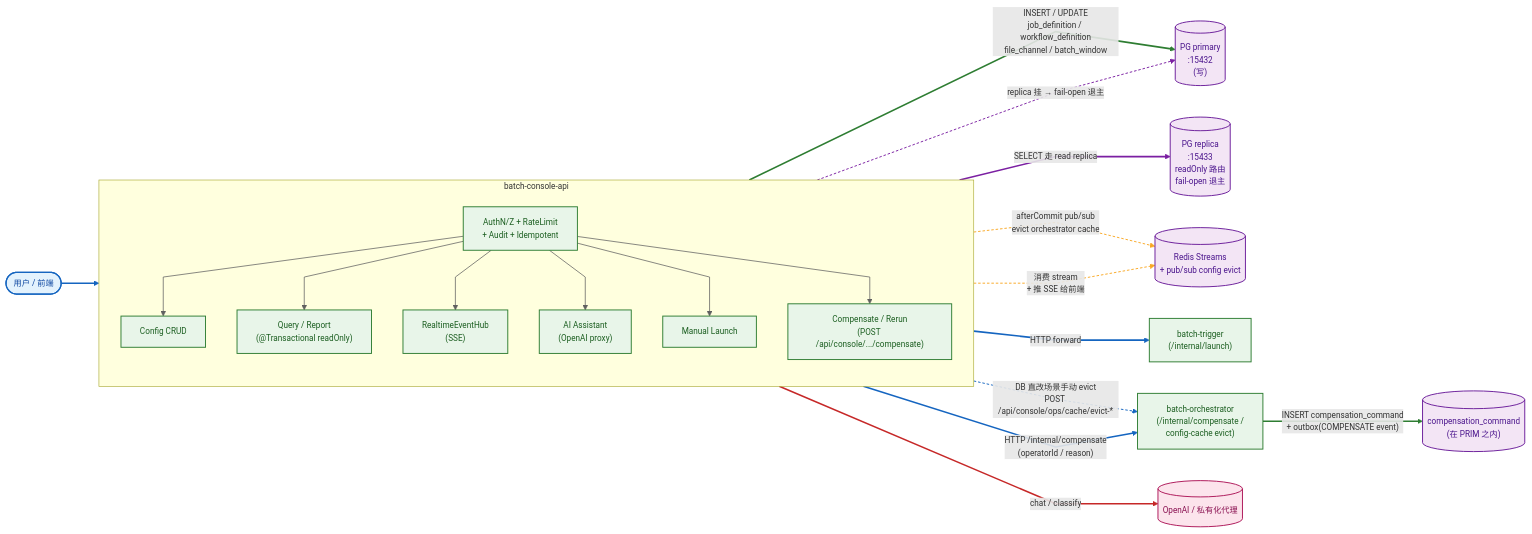
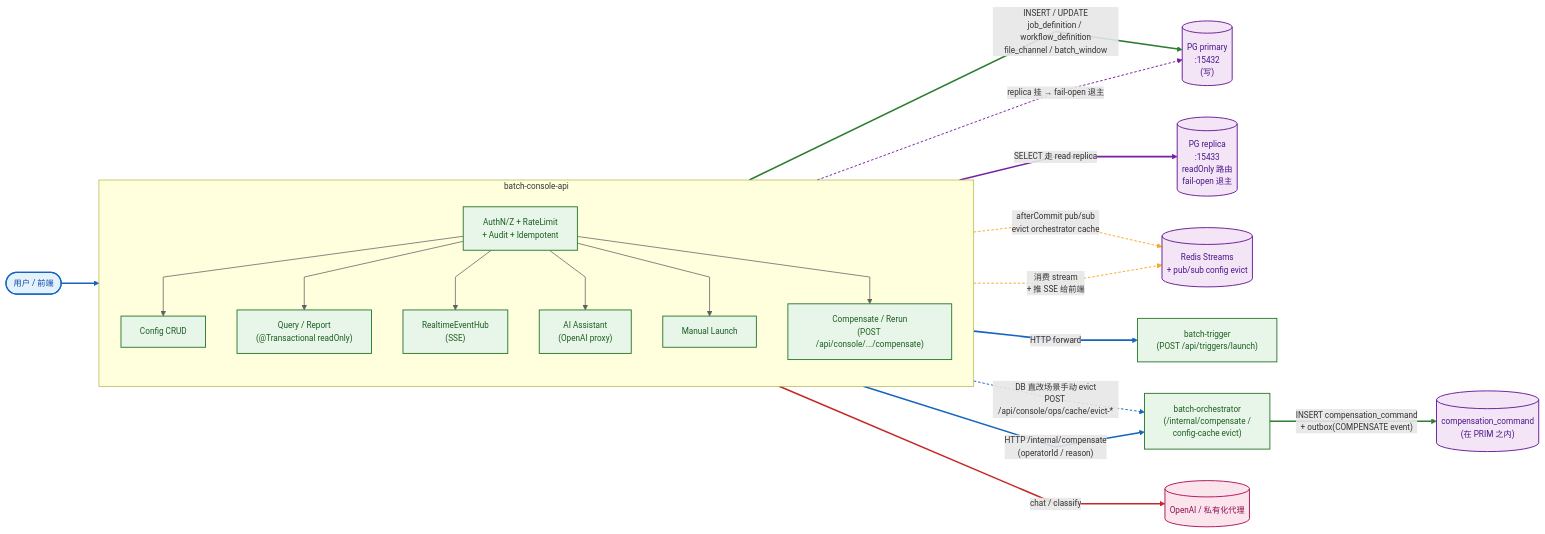
Before and after one commit to pinpols/file-batch-system: the third of 20 diagrams in docs/architecture/system-flow-overview.md, drawn with Mermaid. The commit also changed other lines of this file, not shown here.

First line of the commit message:
docs(arch): system-flow-overview 主图 + 时序图 trigger→orch 改 Kafka 桥

````diff
--- a/docs/architecture/system-flow-overview.md
+++ b/docs/architecture/system-flow-overview.md
@@ -206,74 +208,74 @@
 ```mermaid
 %%{init: {'flowchart': {'curve': 'linear', 'nodeSpacing': 50, 'rankSpacing': 60, 'htmlLabels': true}, 'themeVariables': {'fontSize': '13px'}}}%%
 flowchart LR
   USER([用户 / 前端]):::user
 
   subgraph BFF ["batch-console-api"]
     direction TB
     AUTH["AuthN/Z + RateLimit<br/>+ Audit + Idempotent"]:::svc
     CFG[Config CRUD]:::svc
     QRY["Query / Report<br/>(@Transactional readOnly)"]:::svc
     SSE["RealtimeEventHub<br/>(SSE)"]:::svc
     AI["AI Assistant<br/>(OpenAI proxy)"]:::svc
     LAUNCH[Manual Launch]:::svc
     COMP["Compensate / Rerun<br/>(POST /api/console/.../compensate)"]:::svc
   end
 
   PRIM[("PG primary<br/>:15432<br/>(写)")]:::store
   REPL[("PG replica<br/>:15433<br/>readOnly 路由<br/>fail-open 退主")]:::store
   REDIS[("Redis Streams<br/>+ pub/sub config evict")]:::store
   COMPDB[("compensation_command<br/>(在 PRIM 之内)")]:::store
-  TRG["batch-trigger<br/>(/internal/launch)"]:::svc
+  TRG["batch-trigger<br/>(POST /api/triggers/launch)"]:::svc
   ORCH["batch-orchestrator<br/>(/internal/compensate /<br/>config-cache evict)"]:::svc
   OPENAI[(OpenAI / 私有化代理)]:::extern
 
   USER ==> AUTH
   AUTH --> CFG
   AUTH --> QRY
   AUTH --> SSE
   AUTH --> AI
   AUTH --> LAUNCH
   AUTH --> COMP
 
   CFG    ==>|"INSERT / UPDATE<br/>job_definition / workflow_definition<br/>file_channel / batch_window"| PRIM
   CFG    -.->|"afterCommit pub/sub<br/>evict orchestrator cache"| REDIS
   CFG    -.->|"DB 直改场景手动 evict<br/>POST /api/console/ops/cache/evict-*"| ORCH
   QRY    ==>|"SELECT 走 read replica"| REPL
   QRY    -.->|"replica 挂 → fail-open 退主"| PRIM
   SSE    -.->|"消费 stream<br/>+ 推 SSE 给前端"| REDIS
   AI     ==>|"chat / classify"| OPENAI
   LAUNCH ==>|"HTTP forward"| TRG
   COMP   ==>|"HTTP /internal/compensate<br/>(operatorId / reason)"| ORCH
   ORCH   ==>|"INSERT compensation_command<br/>+ outbox(COMPENSATE event)"| COMPDB
 
   %% ─── 边按协议着色（与主图同套色编码，下标从 0 起） ─────────
   %%   0     USER → AUTH（蓝 = HTTP 入站）
   linkStyle 0 stroke:#1565c0,stroke-width:2.5px
   %%   1..6  AUTH → 6 个 handler（灰细 = 内部路由）
   linkStyle 1,2,3,4,5,6 stroke:#616161,stroke-width:1.2px
   %%   7     CFG → PRIM 写（绿）
   linkStyle 7 stroke:#2e7d32,stroke-width:2.5px
   %%   8     CFG → REDIS pub/sub evict（黄虚 = 控制信号）
   linkStyle 8 stroke:#f9a825,stroke-width:1.5px,stroke-dasharray:4 3
   %%   9     CFG → ORCH 手动 evict（蓝虚 = HTTP 控制）
   linkStyle 9 stroke:#1565c0,stroke-width:1.5px,stroke-dasharray:4 3
   %%   10    QRY → REPL 读（紫）
   linkStyle 10 stroke:#7b1fa2,stroke-width:2.5px
   %%   11    QRY → PRIM fail-open 退主（紫虚 = 降级控制）
   linkStyle 11 stroke:#7b1fa2,stroke-width:1.5px,stroke-dasharray:4 3
   %%   12    SSE → REDIS Streams（黄虚 = Redis pub/sub）
   linkStyle 12 stroke:#f9a825,stroke-width:1.5px,stroke-dasharray:4 3
   %%   13    AI → OpenAI（红 = 外部副作用）
   linkStyle 13 stroke:#c62828,stroke-width:2.5px
   %%   14    LAUNCH → TRG（蓝 = HTTP 同步）
   linkStyle 14 stroke:#1565c0,stroke-width:2.5px
   %%   15    COMP → ORCH 补偿（蓝 = HTTP 同步）
   linkStyle 15 stroke:#1565c0,stroke-width:2.5px
   %%   16    ORCH → compensation_command 落库（绿 = JDBC 写）
   linkStyle 16 stroke:#2e7d32,stroke-width:2.5px
 
   classDef user    fill:#e3f2fd,stroke:#1565c0,stroke-width:2px,color:#0d47a1;
   classDef svc     fill:#e8f5e9,stroke:#2e7d32,stroke-width:1.5px,color:#1b5e20;
   classDef store   fill:#f3e5f5,stroke:#6a1b9a,stroke-width:1.5px,color:#4a148c;
   classDef extern  fill:#fce4ec,stroke:#ad1457,stroke-width:1.5px,color:#880e4f;
 ```
````
